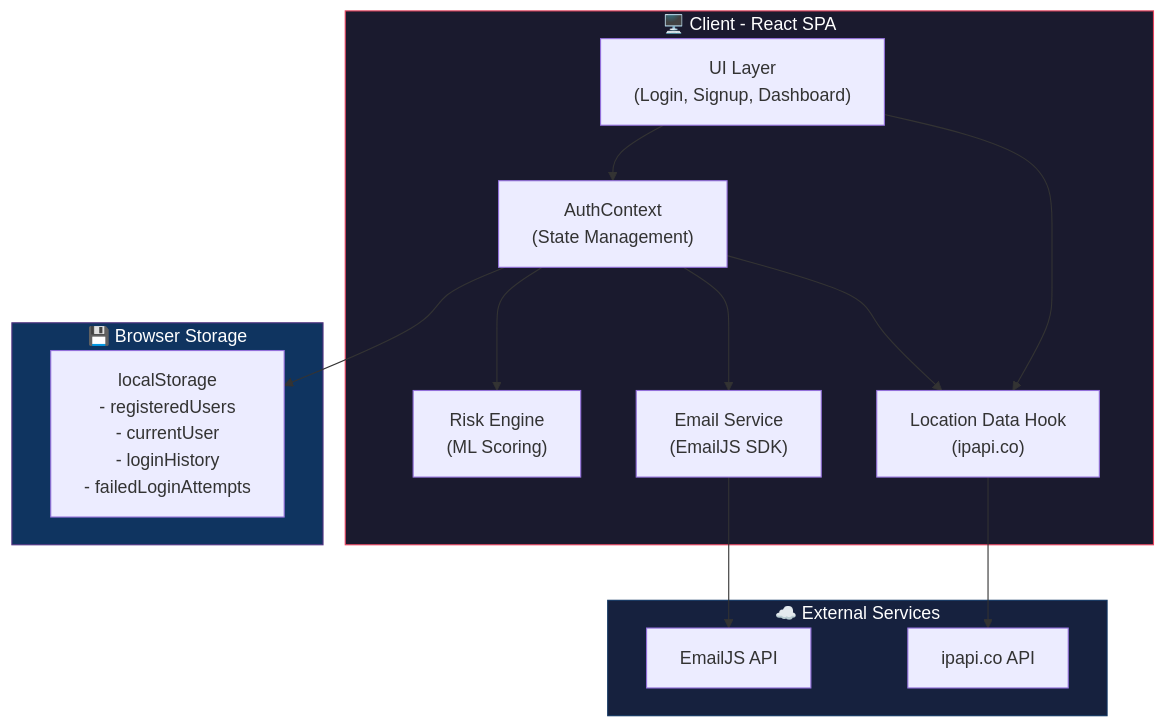
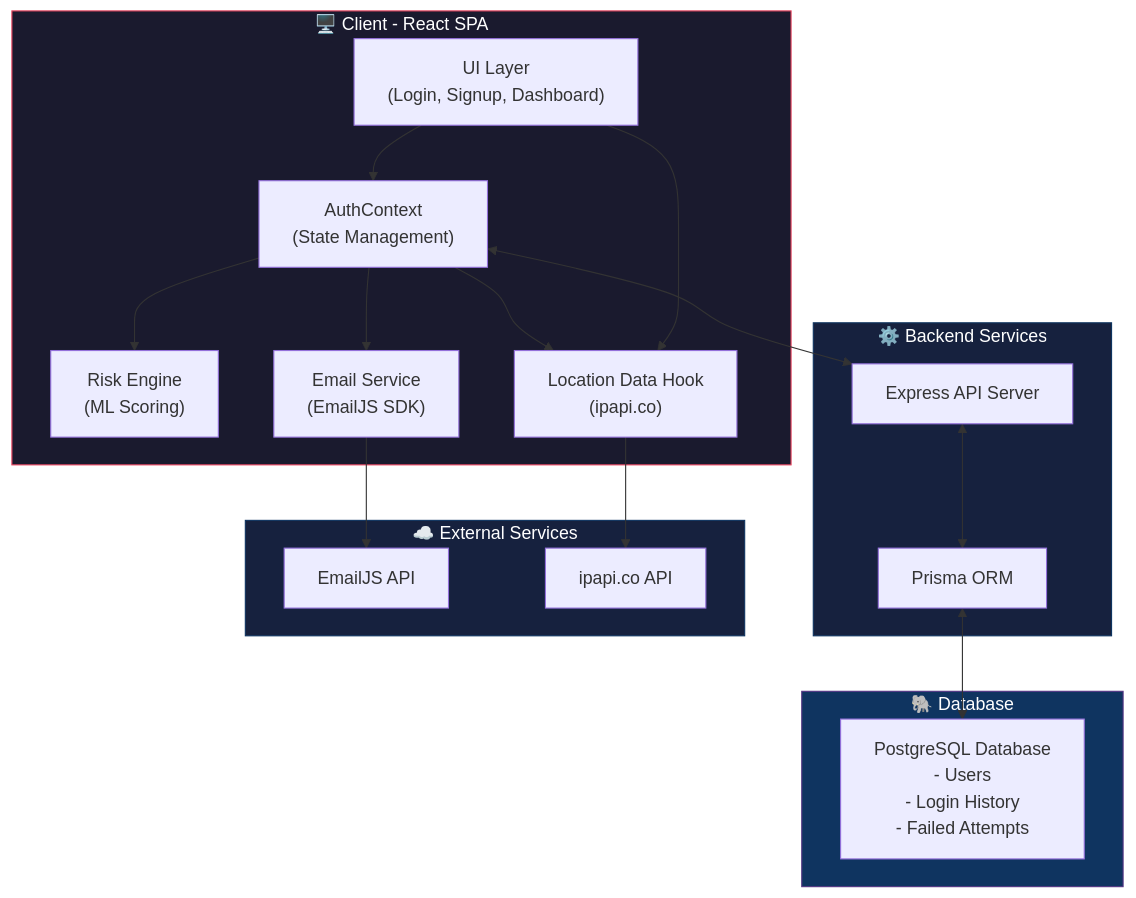
Before and after one commit to miran786/Fake-Login-Detection: the first of 6 diagrams in README.md, drawn with Mermaid. The commit also changed other lines of this file and 27 other files, not shown here.

````diff
--- a/README.md
+++ b/README.md
@@ -23,32 +25,40 @@
 ```mermaid
 graph TB
     subgraph Client["🖥️ Client - React SPA"]
         UI["UI Layer<br/>(Login, Signup, Dashboard)"]
         AC["AuthContext<br/>(State Management)"]
         RE["Risk Engine<br/>(ML Scoring)"]
         ES["Email Service<br/>(EmailJS SDK)"]
         LD["Location Data Hook<br/>(ipapi.co)"]
     end
 
+    subgraph Backend["⚙️ Backend Services"]
+        API["Express API Server"]
+        ORM["Prisma ORM"]
+    end
+
     subgraph External["☁️ External Services"]
         EJS["EmailJS API"]
         IPAPI["ipapi.co API"]
     end
 
-    subgraph Storage["💾 Browser Storage"]
-        LS["localStorage<br/>- registeredUsers<br/>- currentUser<br/>- loginHistory<br/>- failedLoginAttempts"]
+    subgraph Storage["🐘 Database"]
+        DB["PostgreSQL Database<br/>- Users<br/>- Login History<br/>- Failed Attempts"]
     end
 
     UI --> AC
     AC --> RE
     AC --> ES
     AC --> LD
     UI --> LD
     ES --> EJS
     LD --> IPAPI
-    AC --> LS
+    AC <--> API
+    API <--> ORM
+    ORM <--> DB
 
     style Client fill:#1a1a2e,stroke:#e94560,color:#fff
+    style Backend fill:#16213e,stroke:#0f3460,color:#fff
     style External fill:#16213e,stroke:#0f3460,color:#fff
     style Storage fill:#0f3460,stroke:#533483,color:#fff
 ```
````
